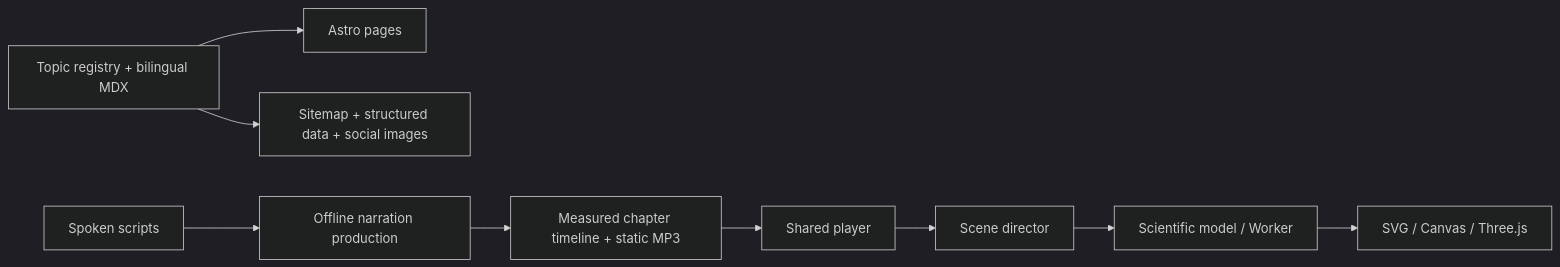
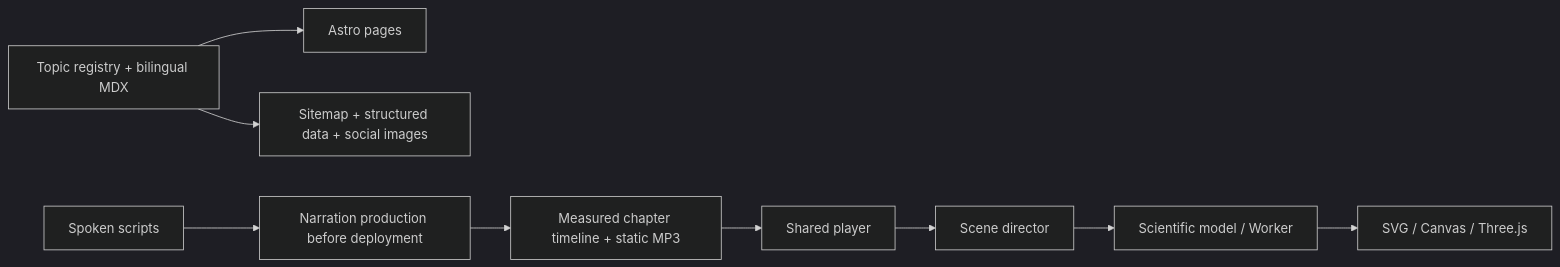
One commit to int64ago/vistep changed the diagram in docs/architecture.md. Above: the diagram before and after it, drawn with Mermaid (dark theme). The commit also changed other lines of this file and 52 other files, not shown here.

````diff
--- a/docs/architecture.md
+++ b/docs/architecture.md
@@ -9,11 +9,11 @@
 ```mermaid
 flowchart LR
   T[Topic registry + bilingual MDX] --> A[Astro pages]
   T --> S[Sitemap + structured data + social images]
-  N[Spoken scripts] --> G[Offline narration production]
+  N[Spoken scripts] --> G[Narration production before deployment]
   G --> F[Measured chapter timeline + static MP3]
   F --> P[Shared player]
   P --> D[Scene director]
   D --> M[Scientific model / Worker]
   M --> R[SVG / Canvas / Three.js]
 ```
````
